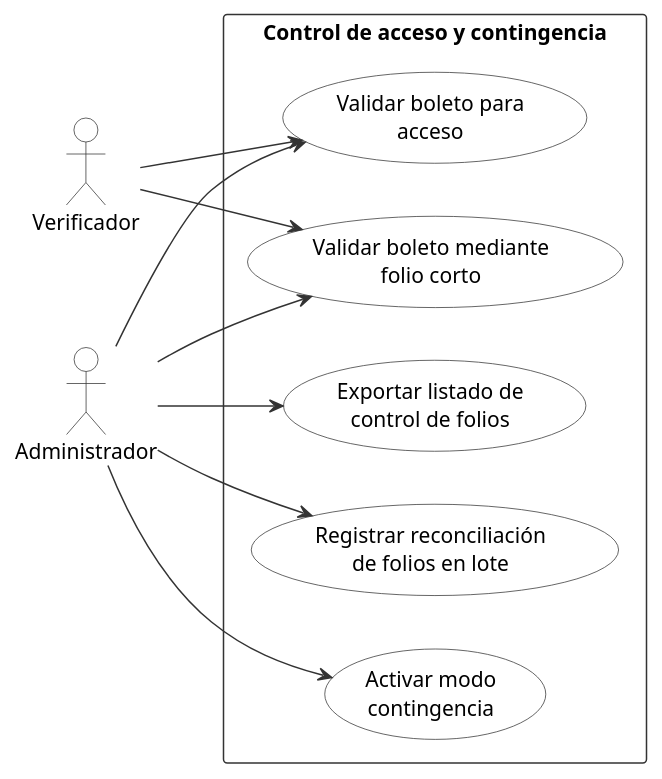
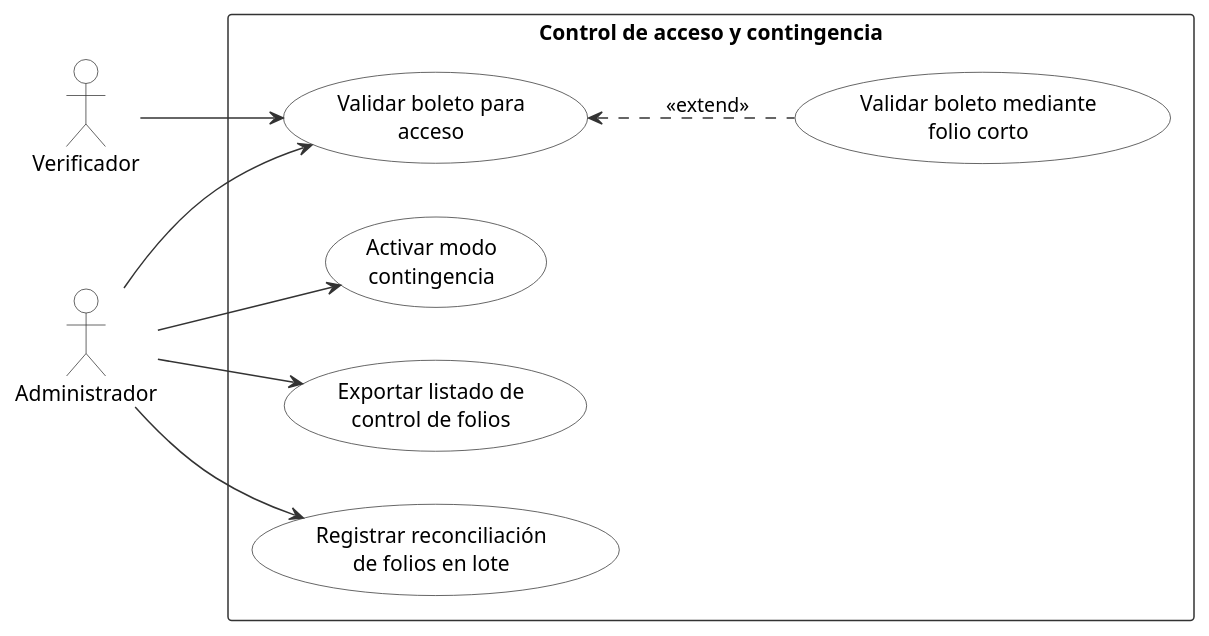
Before and after one commit to AntonioVargas97/Teatro: the diagram in docs/diagramas-uml/diagramas-de-caso-uso/07_control_acceso_y_contingencia.puml, drawn with PlantUML. The commit also changed 9 other files, not shown here.

First line of the commit message:
docs(uml): refine use case diagrams and add internal accounts

```diff
--- a/docs/diagramas-uml/diagramas-de-caso-uso/07_control_acceso_y_contingencia.puml
+++ b/docs/diagramas-uml/diagramas-de-caso-uso/07_control_acceso_y_contingencia.puml
@@ -1,35 +1,35 @@
 @startuml 07_control_acceso_y_contingencia
 skinparam shadowing false
 skinparam usecase {
   BackgroundColor #FFFFFF
   BorderColor #333333
 }
 skinparam actor {
   BackgroundColor #FFFFFF
   BorderColor #333333
 }
 skinparam rectangle {
   BackgroundColor #FFFFFF
   BorderColor #333333
 }
 skinparam ArrowColor #333333
 left to right direction
 actor "Verificador" as V
 actor "Administrador" as A
 
 rectangle "Control de acceso y contingencia" {
   usecase "Validar boleto para\nacceso" as UC1
   usecase "Validar boleto mediante\nfolio corto" as UC2
   usecase "Activar modo\ncontingencia" as UC3
   usecase "Exportar listado de\ncontrol de folios" as UC4
   usecase "Registrar reconciliación\nde folios en lote" as UC5
 }
 
 V --> UC1
-V --> UC2
 A --> UC1
-A --> UC2
 A --> UC3
 A --> UC4
 A --> UC5
+
+UC1 <.. UC2 : <<extend>>
 @enduml
```
